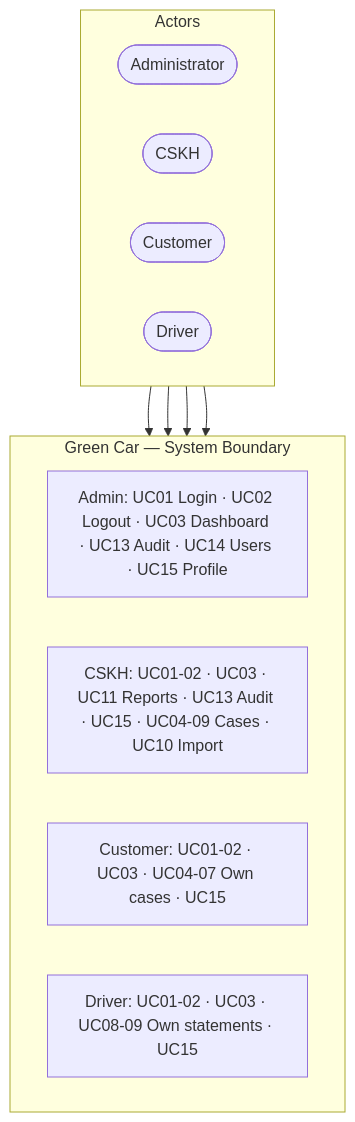
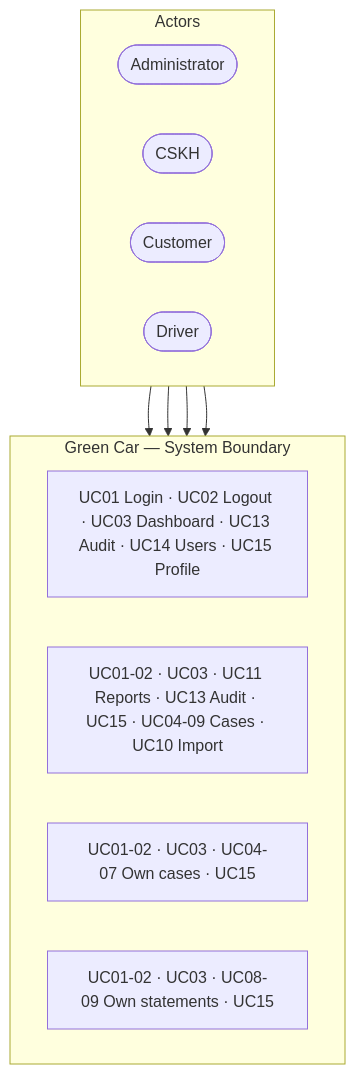
One commit to SpoopyTuan/Green-Car changed the first of 6 diagrams in README.md. Above: the diagram before and after it, drawn with Mermaid. The commit also changed 1 other file, not shown here.

Commit message:
update: minor diagram adjustments

````diff
--- a/README.md
+++ b/README.md
@@ -38,21 +38,23 @@
 ```mermaid
 flowchart TB
     subgraph roles["Actors"]
         direction LR
         admin(["Administrator"])
         cskh(["CSKH"])
         customer(["Customer"])
         driver(["Driver"])
     end
+
     subgraph system["Green Car — System Boundary"]
         direction LR
-        adminCases["Admin: UC01 Login · UC02 Logout · UC03 Dashboard · UC13 Audit · UC14 Users · UC15 Profile"]
-        cskhCases["CSKH: UC01-02 · UC03 · UC11 Reports · UC13 Audit · UC15 · UC04-09 Cases · UC10 Import"]
-        customerCases["Customer: UC01-02 · UC03 · UC04-07 Own cases · UC15"]
-        driverCases["Driver: UC01-02 · UC03 · UC08-09 Own statements · UC15"]
+        adminCases["UC01 Login · UC02 Logout · UC03 Dashboard · UC13 Audit · UC14 Users · UC15 Profile"]
+        cskhCases["UC01-02 · UC03 · UC11 Reports · UC13 Audit · UC15 · UC04-09 Cases · UC10 Import"]
+        customerCases["UC01-02 · UC03 · UC04-07 Own cases · UC15"]
+        driverCases["UC01-02 · UC03 · UC08-09 Own statements · UC15"]
     end
+
     admin --> adminCases
     cskh --> cskhCases
     customer --> customerCases
     driver --> driverCases
 ```
````
